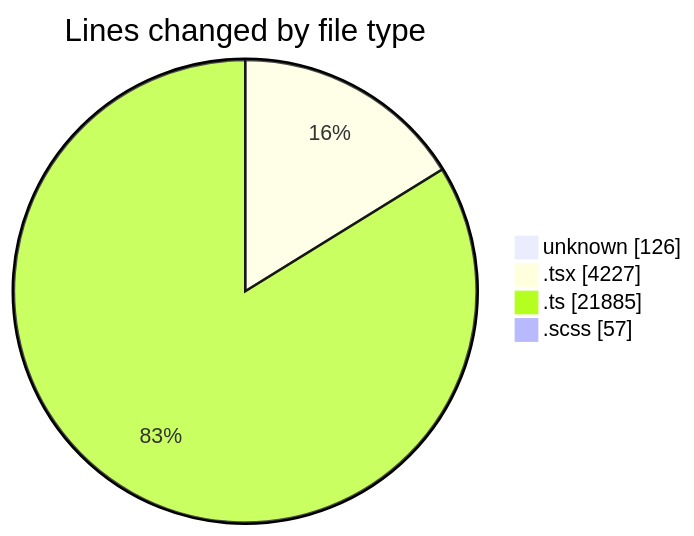
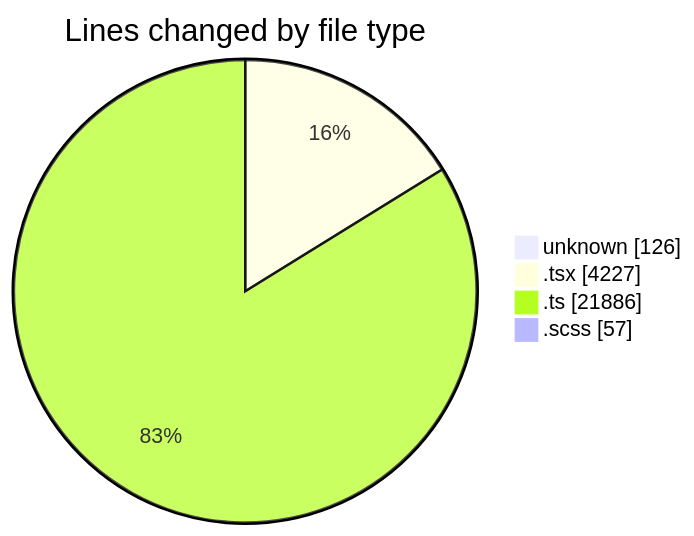
One commit to momahboobian/code-tracking changed the first of 2 diagrams in 2026-09-23/cda/README.md. Above: the diagram before and after it, drawn with Mermaid. The commit also changed other lines of this file and 1 other file, not shown here.

````diff
--- a/2026-09-23/cda/README.md
+++ b/2026-09-23/cda/README.md
@@ -46,8 +46,8 @@
 ```mermaid
 pie showData
 title Lines changed by file type
 "unknown" : 126
 ".tsx" : 4227
-".ts" : 21885
+".ts" : 21886
 ".scss" : 57
 ```
````
